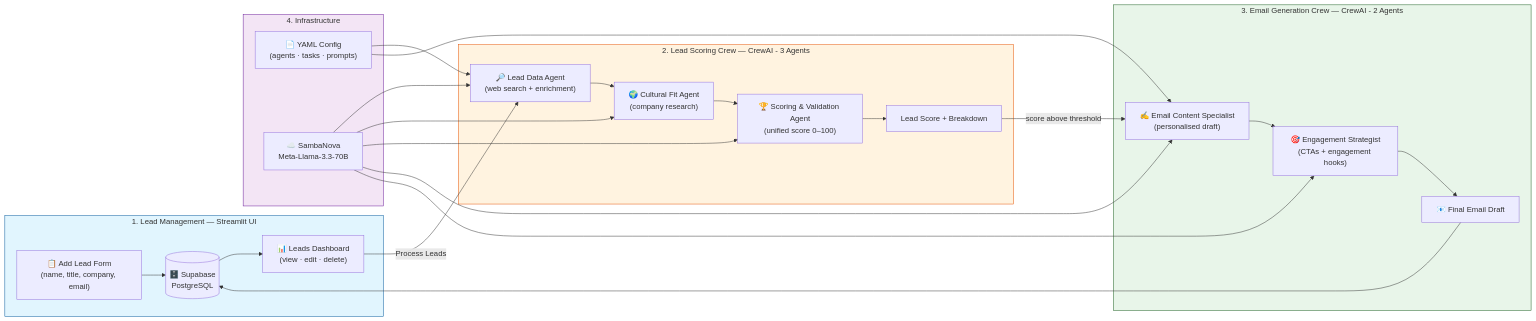
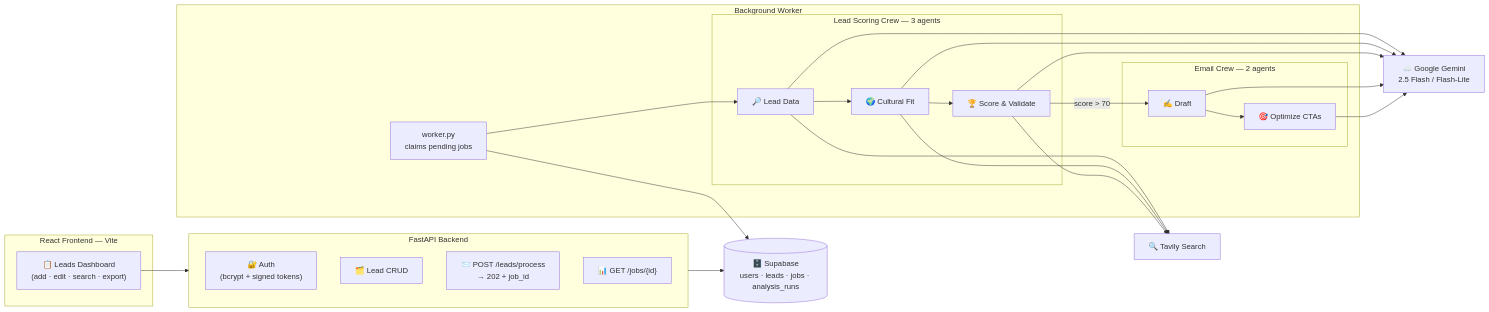
The diagram in README.md (VIVPM/multi-crew-leads-dashboard), drawn with Mermaid before and after one commit. The commit also changed other lines of this file and 22 other files, not shown here.

First line of the commit message:
harden backend: token auth, bcrypt migration, job queue, timeouts, CI

````diff
--- a/README.md
+++ b/README.md
@@ -23,35 +22,35 @@
 ```mermaid
 graph LR
-    %% Input
-    subgraph Input [1. Lead Management — Streamlit UI]
-        Form["📋 Add Lead Form<br>(name, title, company, email)"] --> DB[("🗄️ Supabase<br>PostgreSQL")]
-        DB --> Dashboard["📊 Leads Dashboard<br>(view · edit · delete)"]
+    subgraph FE [React Frontend — Vite]
+        UI["📋 Leads Dashboard<br>(add · edit · search · export)"]
     end
 
-    %% Lead Scoring
-    subgraph LeadCrew [2. Lead Scoring Crew — CrewAI - 3 Agents]
-        Dashboard -->|Process Leads| Agent1["🔎 Lead Data Agent<br>(web search + enrichment)"]
-        Agent1 --> Agent2["🌍 Cultural Fit Agent<br>(company research)"]
-        Agent2 --> Agent3["🏆 Scoring & Validation Agent<br>(unified score 0–100)"]
-        Agent3 --> Score["Lead Score + Breakdown"]
+    subgraph API [FastAPI Backend]
+        Auth["🔐 Auth<br>(bcrypt + signed tokens)"]
+        CRUD["🗂️ Lead CRUD"]
+        Enq["📨 POST /leads/process<br>→ 202 + job_id"]
+        Jobs["📊 GET /jobs/{id}"]
     end
 
-    %% Email Crew
-    subgraph EmailCrew [3. Email Generation Crew — CrewAI - 2 Agents]
-        Score -->|score above threshold| Email1["✍️ Email Content Specialist<br>(personalised draft)"]
-        Email1 --> Email2["🎯 Engagement Strategist<br>(CTAs + engagement hooks)"]
-        Email2 --> Draft["📧 Final Email Draft"]
+    subgraph Worker [Background Worker]
+        W["worker.py<br>claims pending jobs"]
+        subgraph LeadCrew [Lead Scoring Crew — 3 agents]
+            A1["🔎 Lead Data"] --> A2["🌍 Cultural Fit"] --> A3["🏆 Score & Validate"]
+        end
+        subgraph EmailCrew [Email Crew — 2 agents]
+            E1["✍️ Draft"] --> E2["🎯 Optimize CTAs"]
+        end
+        W --> A1
+        A3 -->|score > 70| E1
     end
 
-    %% LLM + Config
-    subgraph Infra [4. Infrastructure]
-        YAML["📄 YAML Config<br>(agents · tasks · prompts)"] --> Agent1 & Email1
-        LLM["☁️ SambaNova<br>Meta-Llama-3.3-70B"] --> Agent1 & Agent2 & Agent3 & Email1 & Email2
-        Draft --> DB
-    end
+    DB[("🗄️ Supabase<br>users · leads · jobs · analysis_runs")]
+    LLM["☁️ Google Gemini<br>2.5 Flash / Flash-Lite"]
+    Tavily["🔍 Tavily Search"]
 
-    style Input fill:#e1f5fe,stroke:#01579b
-    style LeadCrew fill:#fff3e0,stroke:#e65100
-    style EmailCrew fill:#e8f5e9,stroke:#1b5e20
-    style Infra fill:#f3e5f5,stroke:#6a1b9a
+    UI --> API
+    API --> DB
+    W --> DB
+    A1 & A2 & A3 & E1 & E2 --> LLM
+    A1 & A2 & A3 --> Tavily
 ```
````
